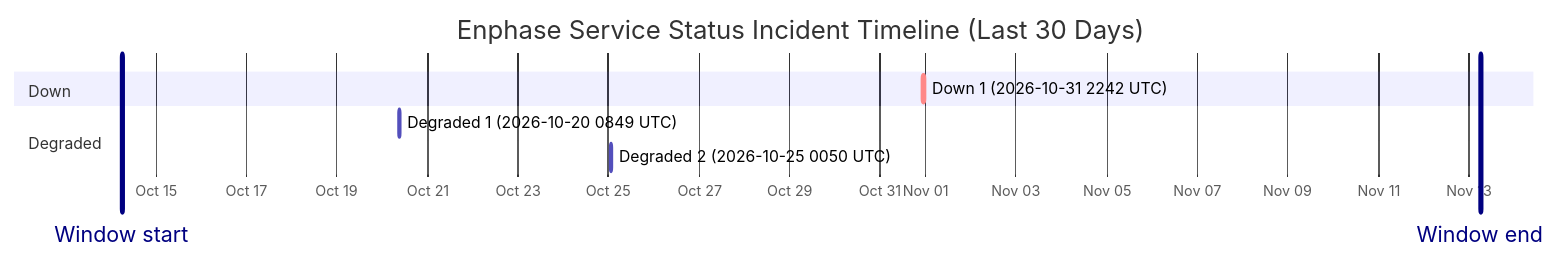
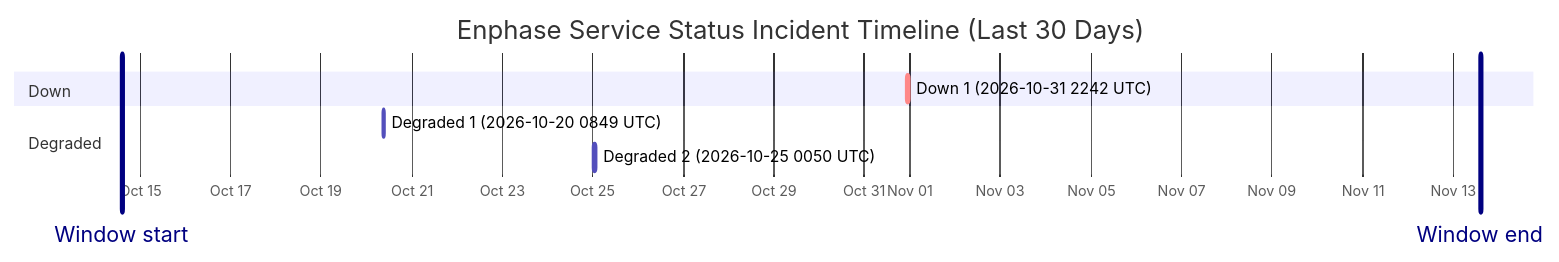
One commit to barneyonline/ha-enphase-energy changed the diagram in wiki/Service-Status-History.md. Above: the diagram before and after it, drawn with Mermaid. The commit also changed other lines of this file and 3 other files, not shown here.

````diff
--- a/wiki/Service-Status-History.md
+++ b/wiki/Service-Status-History.md
@@ -14,13 +14,13 @@
 ```mermaid
 gantt
     title Enphase Service Status Incident Timeline (Last 30 Days)
     dateFormat  YYYY-MM-DDTHH:mm:ss
     axisFormat  %b %d
-    Window start :vert, window-start, 2026-10-14T05:58:42, 0ms
-    Window end :vert, window-end, 2026-11-13T05:58:42, 0ms
+    Window start :vert, window-start, 2026-10-14T14:25:56, 0ms
+    Window end :vert, window-end, 2026-11-13T14:25:56, 0ms
     section Down
     Down 1 (2026-10-31 2242 UTC) :crit, down-1, 2026-10-31T22:42:18, 60m
     section Degraded
     Degraded 1 (2026-10-20 0849 UTC) :active, degraded-1, 2026-10-20T08:49:49, 60m
     Degraded 2 (2026-10-25 0050 UTC) :active, degraded-2, 2026-10-25T00:50:01, 60m
 ```
````
